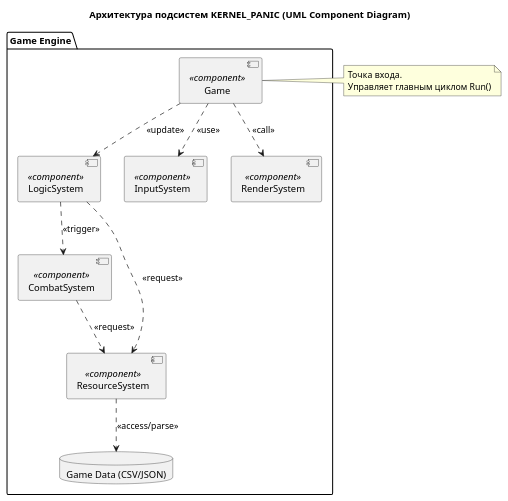
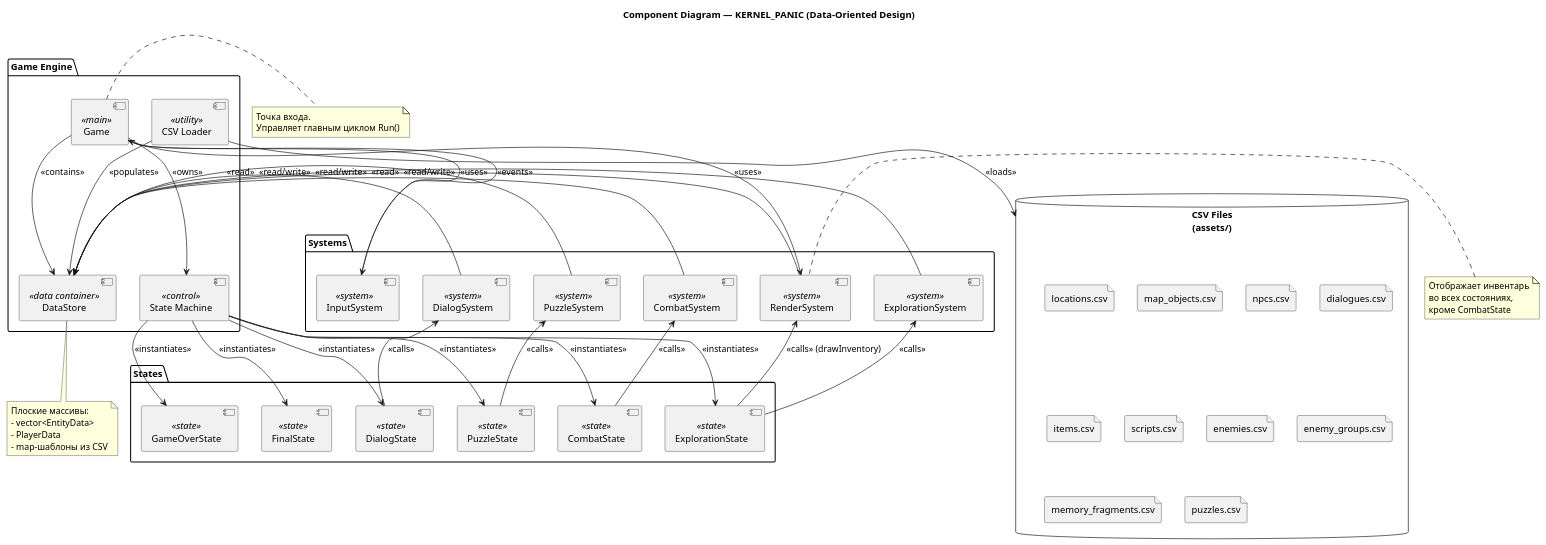
Before and after one commit to p0sd7/KERNEL_PANIC: the diagram in UML/ComponentDiagram.wsd, drawn with PlantUML. The commit also changed 71 other files, not shown here.

Commit message:
Architecture base made

```diff
--- a/UML/ComponentDiagram.wsd
+++ b/UML/ComponentDiagram.wsd
@@ -1,35 +1,91 @@
-@startuml ComponentDiagram  
-title Архитектура подсистем KERNEL_PANIC (UML Component Diagram)
+@startuml ComponentDiagram
+title Component Diagram — KERNEL_PANIC (Data-Oriented Design)
 
 skinparam componentStyle uml2
 
 package "Game Engine" {
-    
-    [Game] <<component>> as game
-    [LogicSystem] <<component>> as logic
-    [CombatSystem] <<component>> as combat
-    [InputSystem] <<component>> as input
-    [RenderSystem] <<component>> as render
-    [ResourceSystem] <<component>> as resource
-    
-    database "Game Data (CSV/JSON)" as csv
-    
-    ' Описание связей (Dependency)
-    game ..> input : <<use>>
-    game ..> logic : <<update>>
-    game ..> render : <<call>>
-    
-    logic ..> combat : <<trigger>>
-    logic ..> resource : <<request>>
-    
-    combat ..> resource : <<request>>
-    
-    resource ..> csv : <<access/parse>>
+    [Game] <<main>> as Game
+    [DataStore] <<data container>> as DataStore
+    [State Machine] <<control>> as StateMachine
+    [CSV Loader] <<utility>> as CsvLoader
 }
 
-note right of game
-  Точка входа. 
+package "Systems" {
+    [ExplorationSystem] <<system>> as ExpSys
+    [CombatSystem] <<system>> as CombatSys
+    [DialogSystem] <<system>> as DialogSys
+    [PuzzleSystem] <<system>> as PuzzleSys
+    [RenderSystem] <<system>> as RenderSys
+    [InputSystem] <<system>> as InputSys
+}
+
+package "States" {
+    [ExplorationState] <<state>> as ExpState
+    [CombatState] <<state>> as CombatState
+    [DialogState] <<state>> as DialogState
+    [PuzzleState] <<state>> as PuzzleState
+    [GameOverState] <<state>> as GameOverState
+    [FinalState] <<state>> as FinalState
+}
+
+database "CSV Files\n(assets/)" as CSVFolder {
+    file "locations.csv"
+    file "map_objects.csv"
+    file "npcs.csv"
+    file "dialogues.csv"
+    file "items.csv"
+    file "scripts.csv"
+    file "enemies.csv"
+    file "enemy_groups.csv"
+    file "memory_fragments.csv"
+    file "puzzles.csv"
+}
+
+' === Connections ===
+Game --> StateMachine : <<owns>>
+Game --> DataStore : <<contains>>
+Game --> InputSys : <<uses>>
+Game --> RenderSys : <<uses>>
+
+StateMachine --> ExpState : <<instantiates>>
+StateMachine --> CombatState : <<instantiates>>
+StateMachine --> DialogState : <<instantiates>>
+StateMachine --> PuzzleState : <<instantiates>>
+StateMachine --> GameOverState : <<instantiates>>
+StateMachine --> FinalState : <<instantiates>>
+
+ExpState --> ExpSys : <<calls>>
+ExpState --> RenderSys : <<calls>> (drawInventory)
+CombatState --> CombatSys : <<calls>>
+DialogState --> DialogSys : <<calls>>
+PuzzleState --> PuzzleSys : <<calls>>
+
+ExpSys --> DataStore : <<read/write>>
+CombatSys --> DataStore : <<read/write>>
+DialogSys --> DataStore : <<read>>
+PuzzleSys --> DataStore : <<read/write>>
+RenderSys --> DataStore : <<read>>
+InputSys --> Game : <<events>>
+
+CsvLoader --> CSVFolder : <<loads>>
+CsvLoader --> DataStore : <<populates>>
+
+note right of Game
+  Точка входа.
   Управляет главным циклом Run()
 end note
 
+note bottom of DataStore
+  Плоские массивы:
+  - vector<EntityData>
+  - PlayerData
+  - map-шаблоны из CSV
+end note
+
+note left of RenderSys
+  Отображает инвентарь
+  во всех состояниях,
+  кроме CombatState
+end note
+
 @enduml
```
